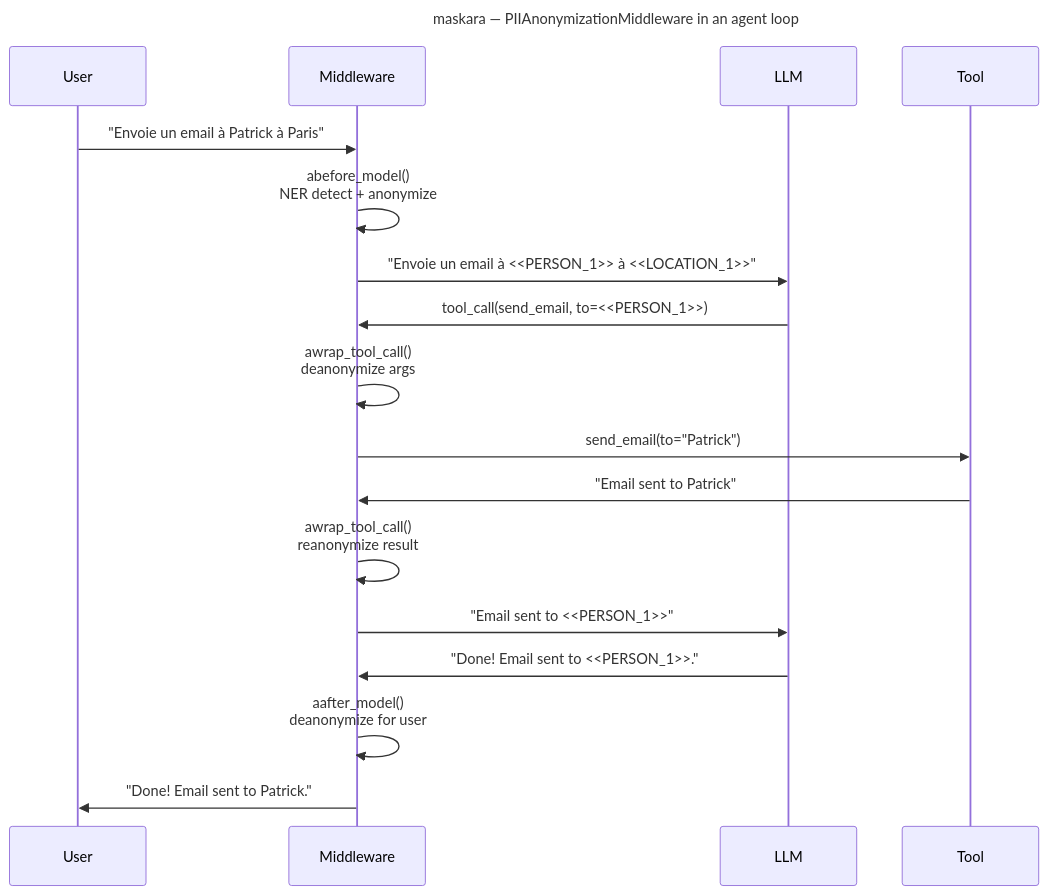
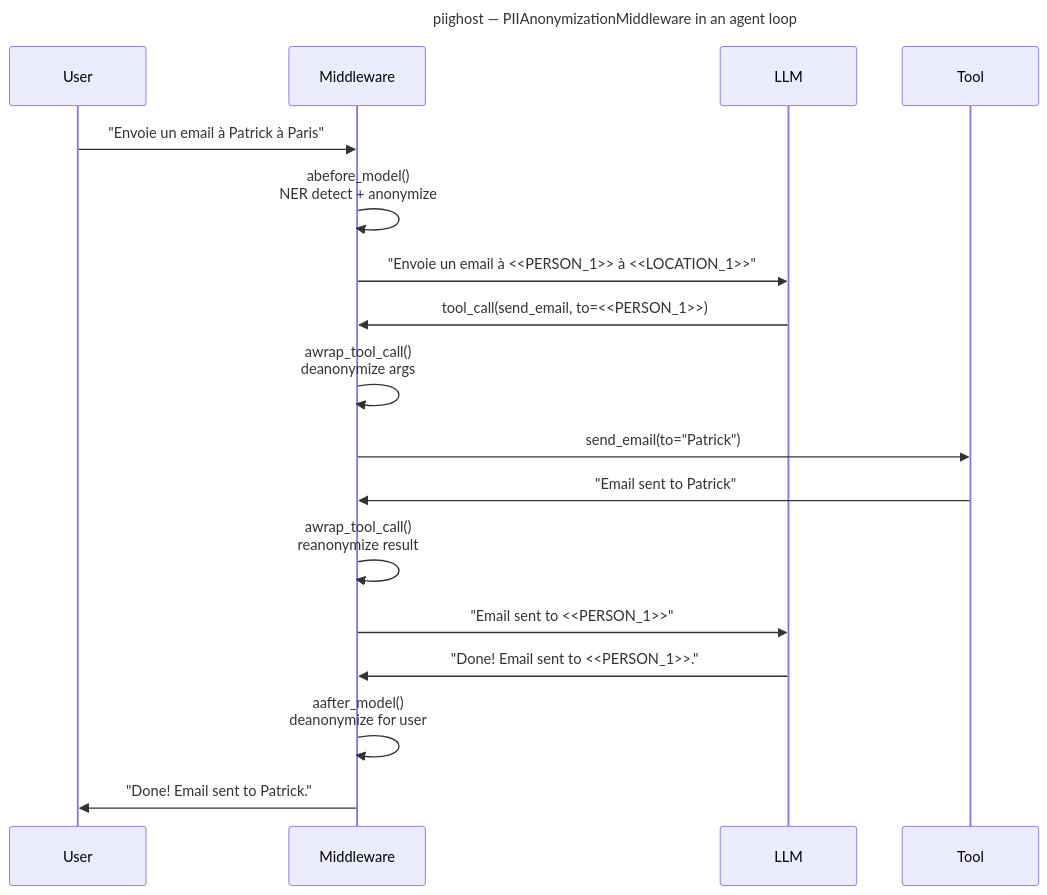
The second of 2 diagrams in README.md (Athroniaeth/piighost), drawn with Mermaid before and after one commit. The commit also changed other lines of this file and 51 other files, not shown here.

Commit message:
refactor: rename project from maskara to piighost

````diff
--- a/README.md
+++ b/README.md
@@ -186,23 +186,23 @@
 ```mermaid
 ---
-title: "maskara — PIIAnonymizationMiddleware in an agent loop"
+title: "piighost — PIIAnonymizationMiddleware in an agent loop"
 ---
 sequenceDiagram
     participant U as User
     participant M as Middleware
     participant L as LLM
     participant T as Tool
 
     U->>M: "Envoie un email à Patrick à Paris"
     M->>M: abefore_model()<br/>NER detect + anonymize
     M->>L: "Envoie un email à <<PERSON_1>> à <<LOCATION_1>>"
     L->>M: tool_call(send_email, to=<<PERSON_1>>)
     M->>M: awrap_tool_call()<br/>deanonymize args
     M->>T: send_email(to="Patrick")
     T->>M: "Email sent to Patrick"
     M->>M: awrap_tool_call()<br/>reanonymize result
     M->>L: "Email sent to <<PERSON_1>>"
     L->>M: "Done! Email sent to <<PERSON_1>>."
     M->>M: aafter_model()<br/>deanonymize for user
     M->>U: "Done! Email sent to Patrick."
 ```
````
